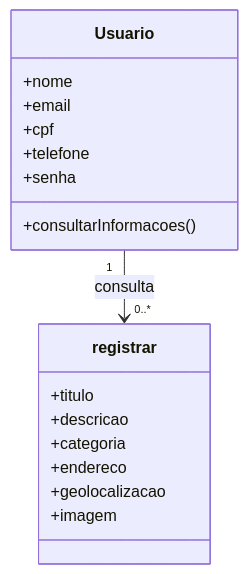
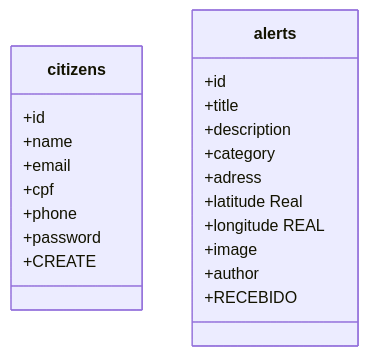
One commit to RobAbProjADS/alertaCidade changed the second of 2 diagrams in README.md. Above: the diagram before and after it, drawn with Mermaid. The commit also changed other lines of this file, not shown here.

Commit message:
Revise README with PHP server instructions and UML updates
Updated instructions for starting the PHP server and modified UML class diagram.

````diff
--- a/README.md
+++ b/README.md
@@ -81,23 +90,29 @@
 ```mermaid
 classDiagram
-    class Usuario {
-        +nome
+    class citizens {
+        +id
+        +name
         +email
         +cpf
-        +telefone
-        +senha
-        +consultarInformacoes()
+        +phone
+        +password
+        +CREATE
+        
     }
 
-    class registrar {
-        +titulo
-        +descricao
-        +categoria
-        +endereco
-        +geolocalizacao
-        +imagem      
-
+    class alerts {
+        +id
+        +title
+        +description
+        +category
+        +adress
+        +latitude Real     
+        +longitude REAL
+        +image
+        +author
+        +RECEBIDO
+ 
     }
 
-    Usuario "1" --> "0..*" registrar : consulta
+    
 ```
````
